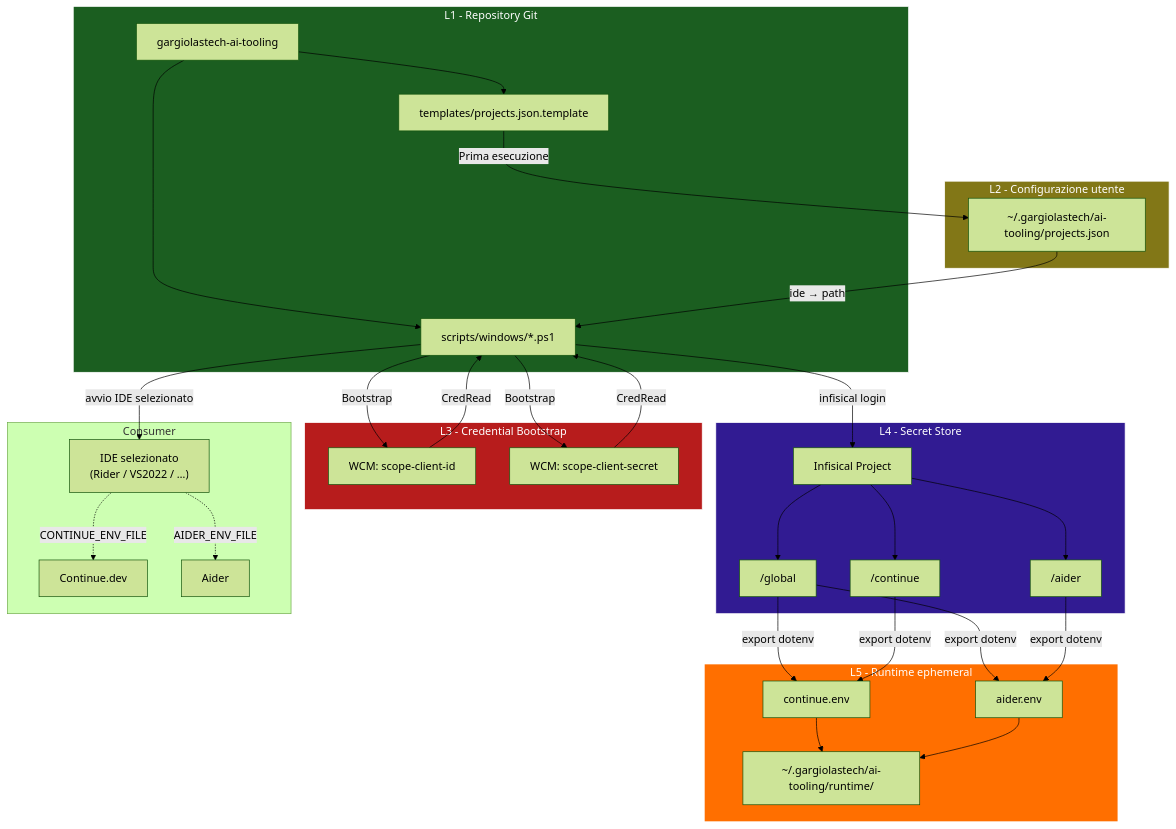
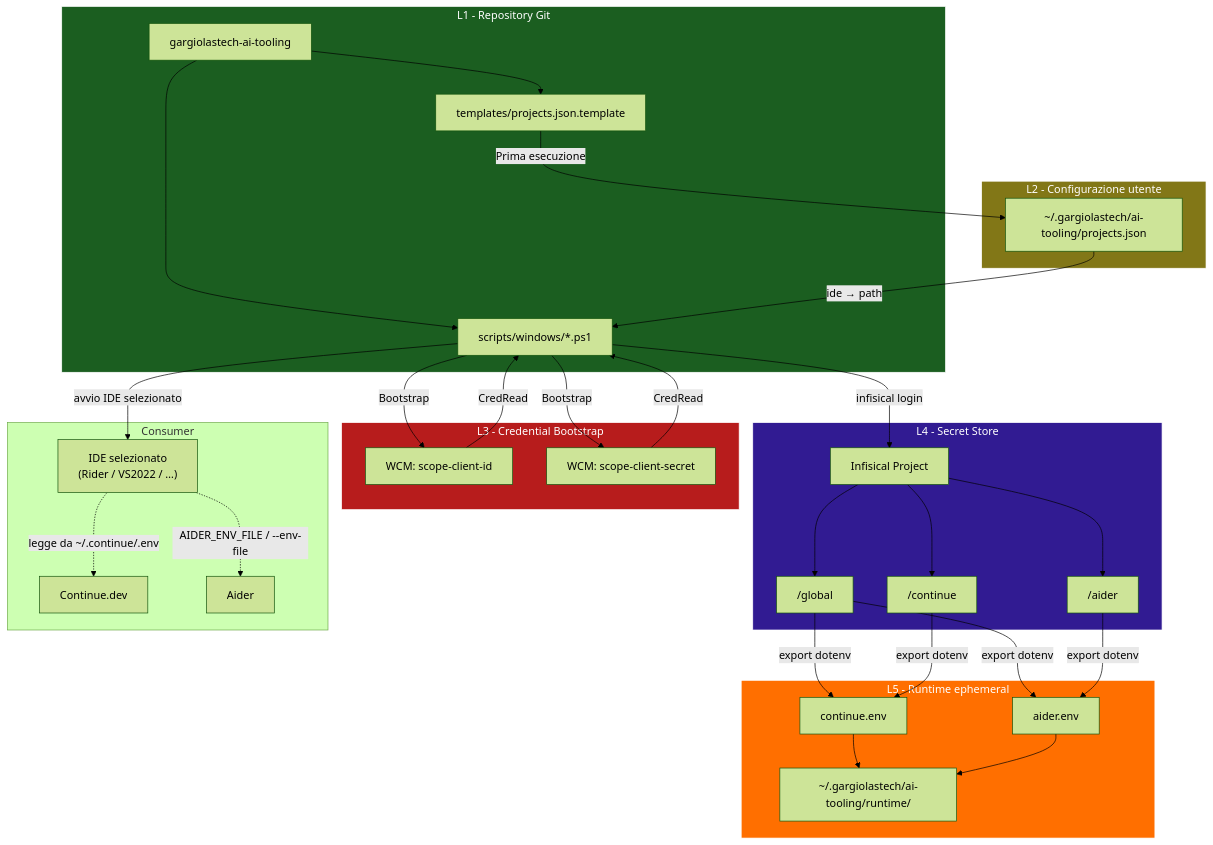
The second of 29 diagrams in docs/DOCUMENTATION.md (gargiolastech-core/gargiolastech-ai-tooling), drawn with Mermaid (forest theme) before and after one commit. The commit also changed other lines of this file and 17 other files, not shown here.

````diff
--- a/docs/DOCUMENTATION.md
+++ b/docs/DOCUMENTATION.md
@@ -163,64 +178,64 @@
 ```mermaid
 flowchart TB
     subgraph L1["L1 - Repository Git"]
         REPO["gargiolastech-ai-tooling"]
         TPL["templates/projects.json.template"]
         SCRIPTS["scripts/windows/*.ps1"]
     end
 
     subgraph L2["L2 - Configurazione utente"]
         CFG["~/.gargiolastech/ai-tooling/projects.json"]
     end
 
     subgraph L3["L3 - Credential Bootstrap"]
         WCM_ID["WCM: scope-client-id"]
         WCM_SECRET["WCM: scope-client-secret"]
     end
 
     subgraph L4["L4 - Secret Store"]
         INF["Infisical Project"]
         GLOBAL["/global"]
         CONT_PATH["/continue"]
         AIDER_PATH["/aider"]
     end
 
     subgraph L5["L5 - Runtime ephemeral"]
         RUN_DIR["~/.gargiolastech/ai-tooling/runtime/"]
         CONT_ENV["continue.env"]
         AIDER_ENV["aider.env"]
     end
 
     subgraph CONSUMERS["Consumer"]
         IDE["IDE selezionato<br/>(Rider / VS2022 / …)"]
         CONT["Continue.dev"]
         AIDER["Aider"]
     end
 
     REPO --> TPL
     REPO --> SCRIPTS
     TPL -->|"Prima esecuzione"| CFG
     SCRIPTS -->|"Bootstrap"| WCM_ID
     SCRIPTS -->|"Bootstrap"| WCM_SECRET
     WCM_ID -->|"CredRead"| SCRIPTS
     WCM_SECRET -->|"CredRead"| SCRIPTS
     SCRIPTS -->|"infisical login"| INF
     INF --> GLOBAL
     INF --> CONT_PATH
     INF --> AIDER_PATH
     GLOBAL -->|"export dotenv"| CONT_ENV
     CONT_PATH -->|"export dotenv"| CONT_ENV
     GLOBAL -->|"export dotenv"| AIDER_ENV
     AIDER_PATH -->|"export dotenv"| AIDER_ENV
     CONT_ENV --> RUN_DIR
     AIDER_ENV --> RUN_DIR
     CFG -->|"ide → path"| SCRIPTS
     SCRIPTS -->|"avvio IDE selezionato"| IDE
-    IDE -.->|"CONTINUE_ENV_FILE"| CONT
-    IDE -.->|"AIDER_ENV_FILE"| AIDER
+    IDE -.->|"legge da ~/.continue/.env"| CONT
+    IDE -.->|"AIDER_ENV_FILE / --env-file"| AIDER
 
     style L1 fill:#1b5e20,stroke:#fff,color:#fff
     style L2 fill:#827717,stroke:#fff,color:#fff
     style L3 fill:#b71c1c,stroke:#fff,color:#fff
     style L4 fill:#311b92,stroke:#fff,color:#fff
     style L5 fill:#ff6f00,stroke:#fff,color:#fff
 ```
````
